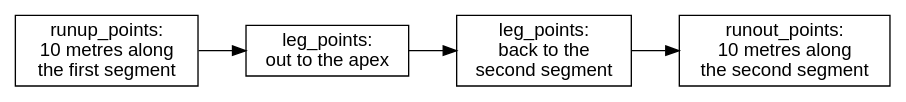
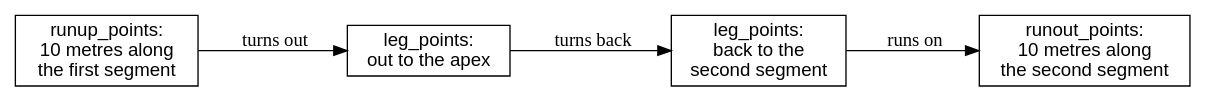
One commit to showell/roc-apps changed diagram 12 of 30 in canvas_apps/safari/tutorial/tutorial.md. Above: the diagram before and after it, drawn with Graphviz. The commit also changed other lines of this file, not shown here.

````diff
--- a/canvas_apps/safari/tutorial/tutorial.md
+++ b/canvas_apps/safari/tutorial/tutorial.md
@@ -1014,11 +1011,13 @@
 ```dot
 digraph rail {
   rankdir=LR;
   node [shape=box, fontname="Helvetica"];
   up [label="runup_points:\n10 metres along\nthe first segment"];
   out [label="leg_points:\nout to the apex"];
   back [label="leg_points:\nback to the\nsecond segment"];
   on [label="runout_points:\n10 metres along\nthe second segment"];
-  up -> out -> back -> on;
+  up -> out [label="  turns out"];
+  out -> back [label="  turns back"];
+  back -> on [label="  runs on"];
 }
 ```
````
